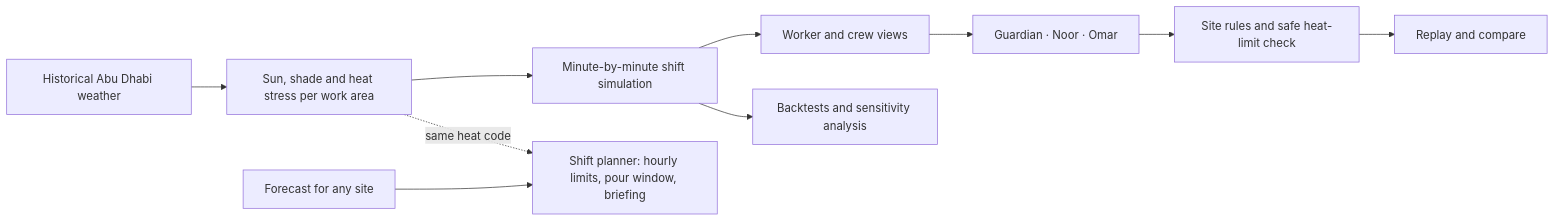
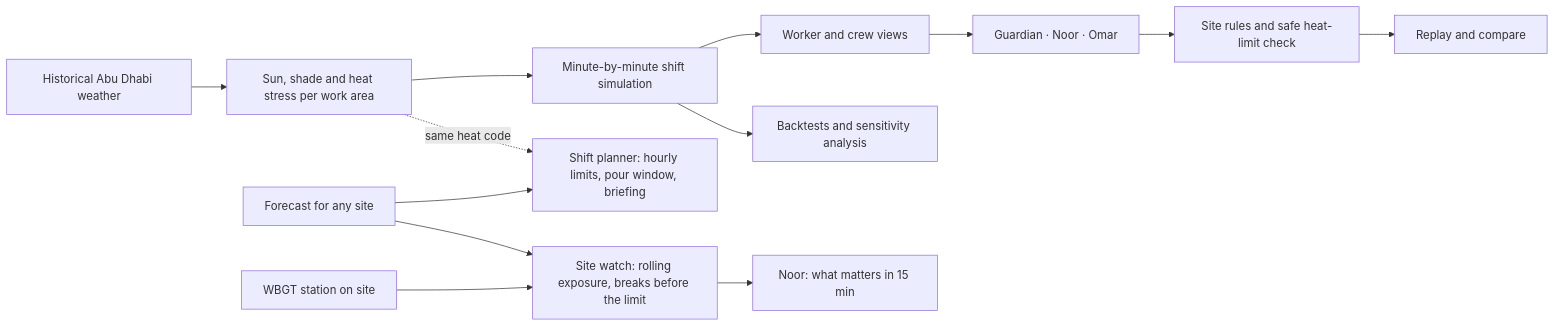
The diagram in README.md (mk-tdev/heatline), drawn with Mermaid before and after one commit. The commit also changed other lines of this file and 49 other files, not shown here.

First line of the commit message:
Add site watch: live telemetry, proactive breaks and explained alerts

````diff
--- a/README.md
+++ b/README.md
@@ -165,12 +191,15 @@
 ```mermaid
 flowchart LR
     Weather[Historical Abu Dhabi weather] --> Environment[Sun, shade and heat stress per work area]
     Environment --> Simulation[Minute-by-minute shift simulation]
     Simulation --> Roles[Worker and crew views]
     Roles --> Assistants[Guardian · Noor · Omar]
     Assistants --> Checks[Site rules and safe heat-limit check]
     Checks --> Replay[Replay and compare]
     Simulation --> Evidence[Backtests and sensitivity analysis]
     Forecast[Forecast for any site] --> Planner[Shift planner: hourly limits, pour window, briefing]
+    Station[WBGT station on site] --> Watch[Site watch: rolling exposure, breaks before the limit]
+    Forecast --> Watch
+    Watch --> Noor2[Noor: what matters in 15 min]
     Environment -. same heat code .-> Planner
 ```
````
